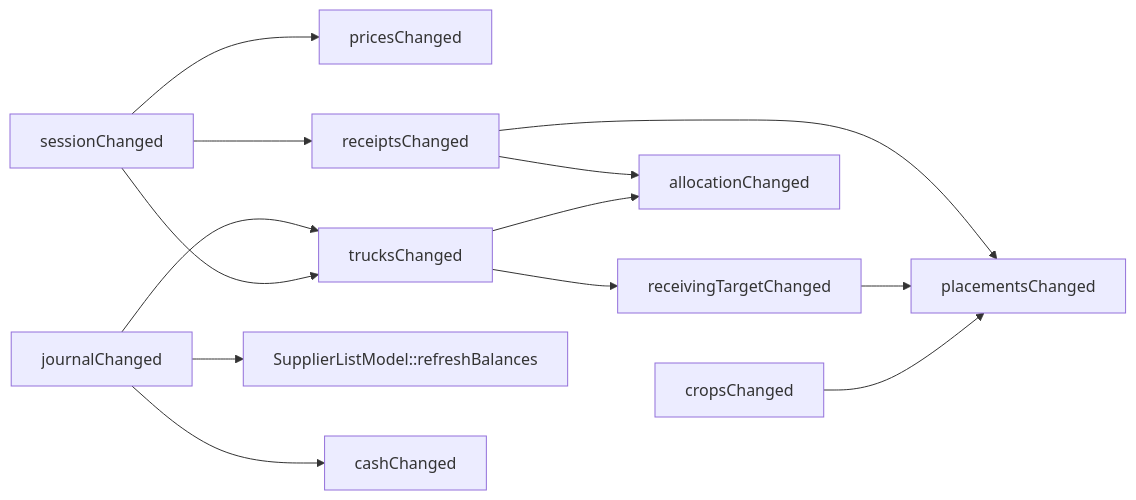
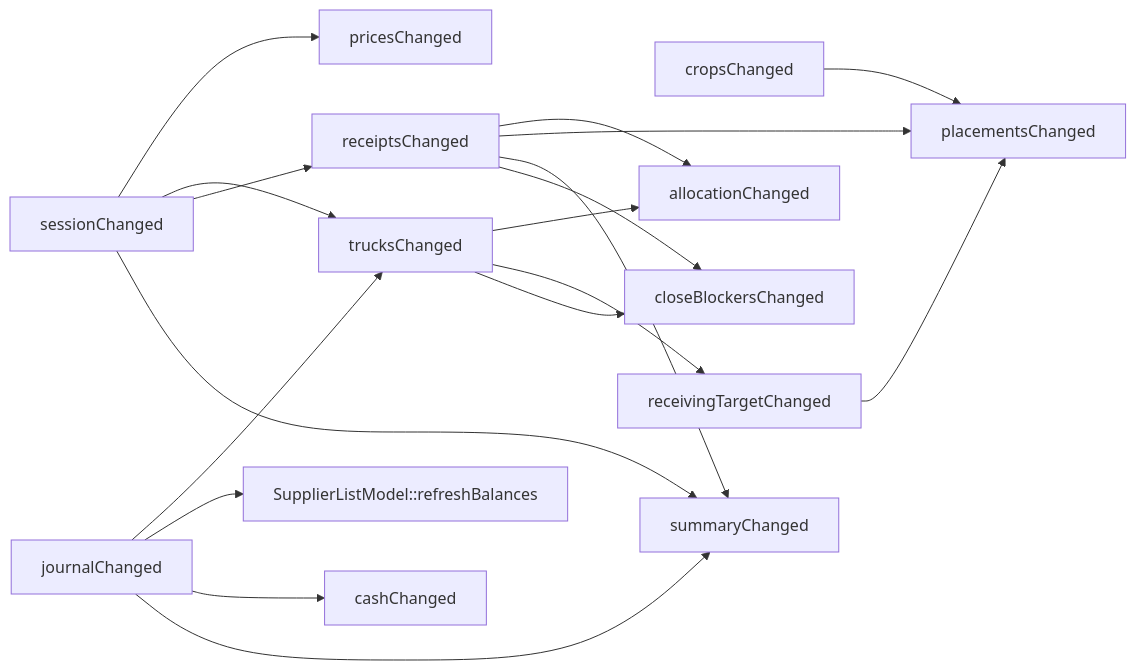
The diagram in docs/ui.md (IsNazarii/Berry-WMS-Terminal), drawn with Mermaid before and after one commit. The commit also changed other lines of this file and 5 other files, not shown here.

````diff
--- a/docs/ui.md
+++ b/docs/ui.md
@@ -400,15 +402,20 @@
 ```mermaid
 flowchart LR
     S[sessionChanged] --> P[pricesChanged]
     S --> T[trucksChanged]
     S --> R[receiptsChanged]
     J[journalChanged] --> T
     K[cropsChanged] --> N
     J --> M["SupplierListModel::refreshBalances"]
     J --> C[cashChanged]
     T --> A[allocationChanged]
     R --> A
     T --> G[receivingTargetChanged]
     G --> N[placementsChanged]
     R --> N
+    J --> Y[summaryChanged]
+    R --> Y
+    S --> Y
+    T --> B[closeBlockersChanged]
+    R --> B
 ```
````
